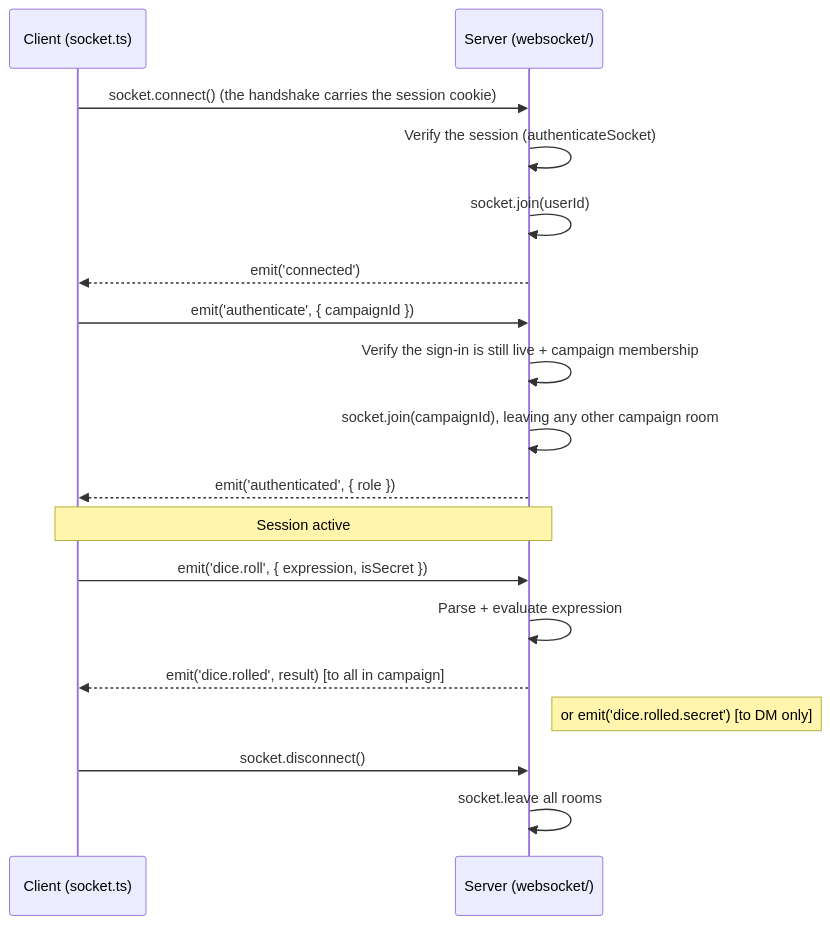
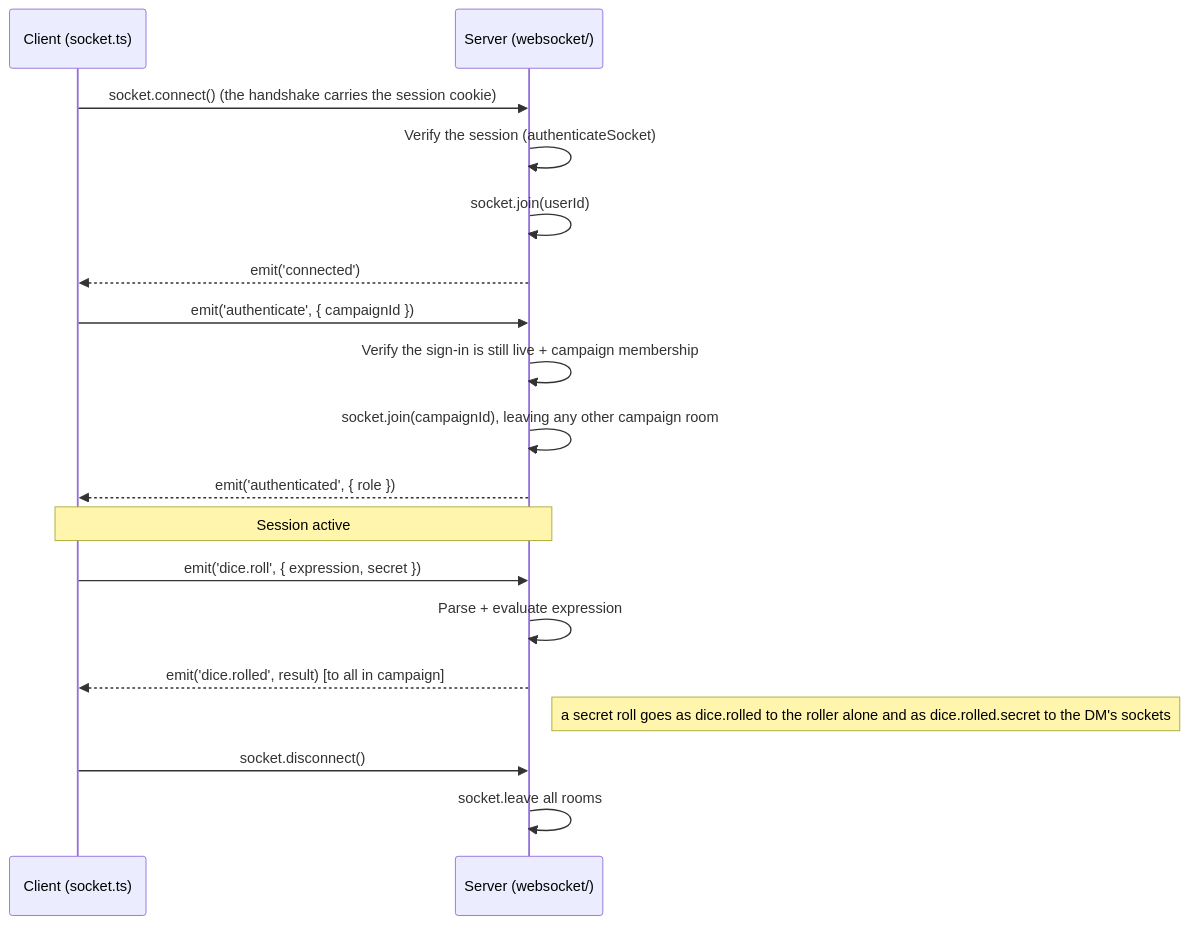
Before and after one commit to CheekyChinchilla/CozyVTT: the sixth of 6 diagrams in docs/ARCHITECTURE.md, drawn with Mermaid. The commit also changed other lines of this file, not shown here.

First line of the commit message:
Describe the 1.5.3 containers, router and build in ARCHITECTURE

````diff
--- a/docs/ARCHITECTURE.md
+++ b/docs/ARCHITECTURE.md
@@ -714,24 +744,24 @@
 ```mermaid
 sequenceDiagram
     participant C as Client (socket.ts)
     participant S as Server (websocket/)
 
     C->>S: socket.connect() (the handshake carries the session cookie)
     S->>S: Verify the session (authenticateSocket)
     S->>S: socket.join(userId)
     S-->>C: emit('connected')
     C->>S: emit('authenticate', { campaignId })
     S->>S: Verify the sign-in is still live + campaign membership
     S->>S: socket.join(campaignId), leaving any other campaign room
     S-->>C: emit('authenticated', { role })
 
     Note over C,S: Session active
 
-    C->>S: emit('dice.roll', { expression, isSecret })
+    C->>S: emit('dice.roll', { expression, secret })
     S->>S: Parse + evaluate expression
     S-->>C: emit('dice.rolled', result) [to all in campaign]
-    Note right of S: or emit('dice.rolled.secret') [to DM only]
+    Note right of S: a secret roll goes as dice.rolled to the roller alone and as dice.rolled.secret to the DM's sockets
 
     C->>S: socket.disconnect()
     S->>S: socket.leave all rooms
 ```
````
